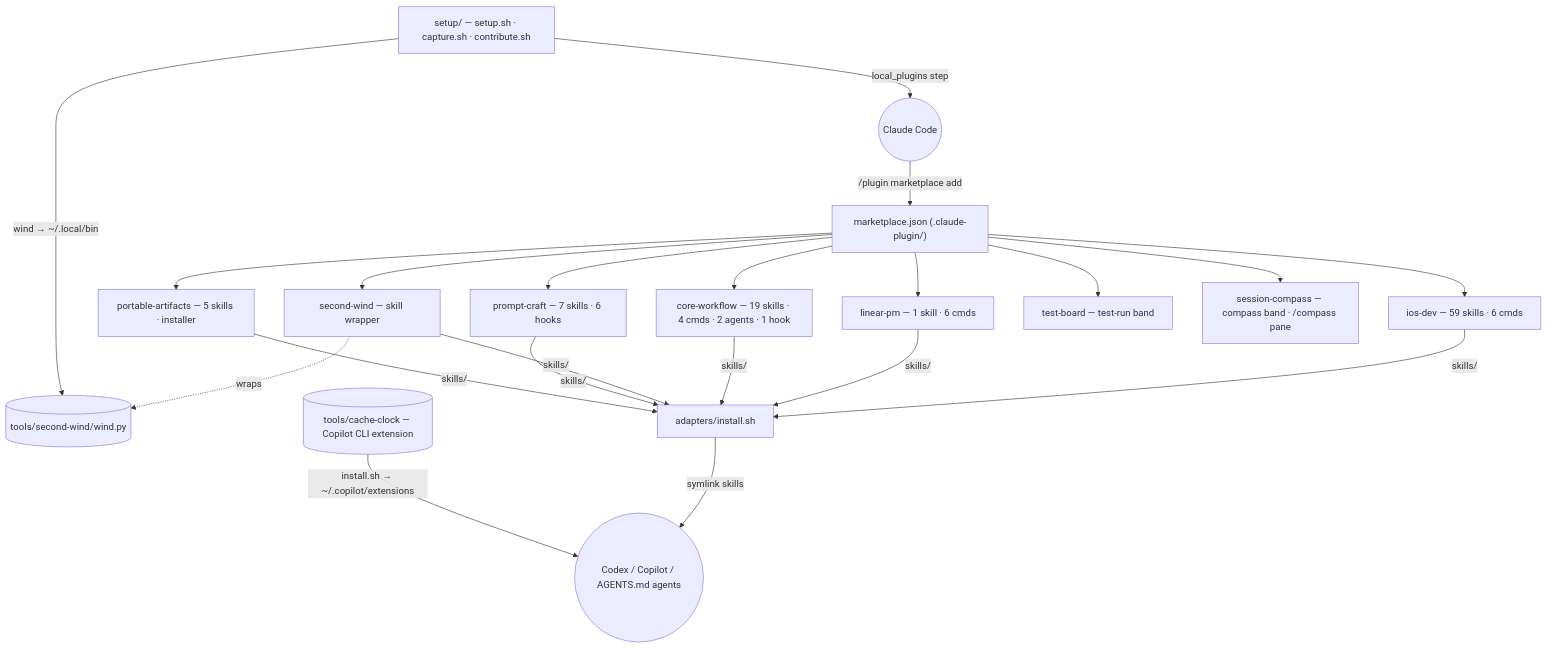
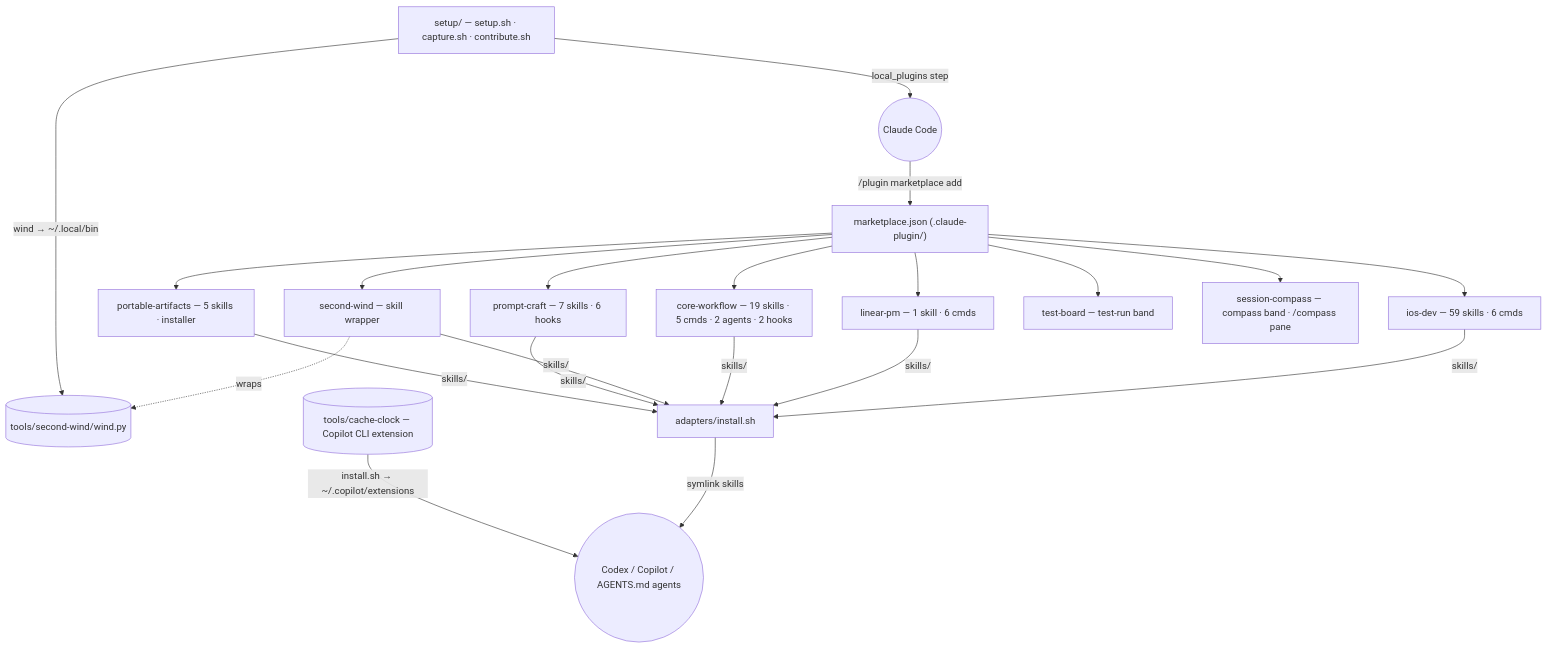
Before and after one commit to abhijitbansal/claude-skills: the diagram in docs/architecture.md, drawn with Mermaid. The commit also changed 665 other files, not shown here.

````diff
--- a/docs/architecture.md
+++ b/docs/architecture.md
@@ -15,27 +15,27 @@
 ```mermaid
 flowchart TD
   MP["marketplace.json (.claude-plugin/)"]
   IOS["ios-dev — 59 skills · 6 cmds"]
   LIN["linear-pm — 1 skill · 6 cmds"]
-  CW["core-workflow — 19 skills · 4 cmds · 2 agents · 1 hook"]
+  CW["core-workflow — 19 skills · 5 cmds · 2 agents · 2 hooks"]
   SW["second-wind — skill wrapper"]
   PC["prompt-craft — 7 skills · 6 hooks"]
   PA["portable-artifacts — 5 skills · installer"]
   TB["test-board — test-run band"]
   SC["session-compass — compass band · /compass pane"]
   WIND[("tools/second-wind/wind.py")]
   CCLK[("tools/cache-clock — Copilot CLI extension")]
   AD["adapters/install.sh"]
   SEED["setup/ — setup.sh · capture.sh · contribute.sh"]
   CC(("Claude Code"))
   OTHER(("Codex / Copilot / AGENTS.md agents"))
 
   MP --> IOS & LIN & CW & SW & PC & PA & TB & SC
   SW -.->|wraps| WIND
   CC -->|"/plugin marketplace add"| MP
   SEED -->|local_plugins step| CC
   SEED -->|"wind → ~/.local/bin"| WIND
   AD -->|symlink skills| OTHER
   CCLK -->|"install.sh → ~/.copilot/extensions"| OTHER
   IOS & LIN & CW & SW & PC & PA -->|skills/| AD
 ```
````
